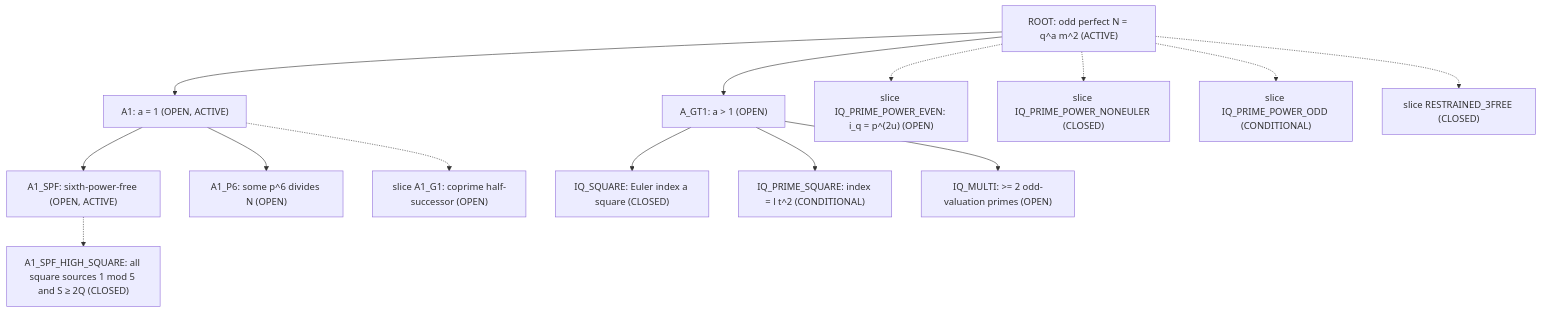
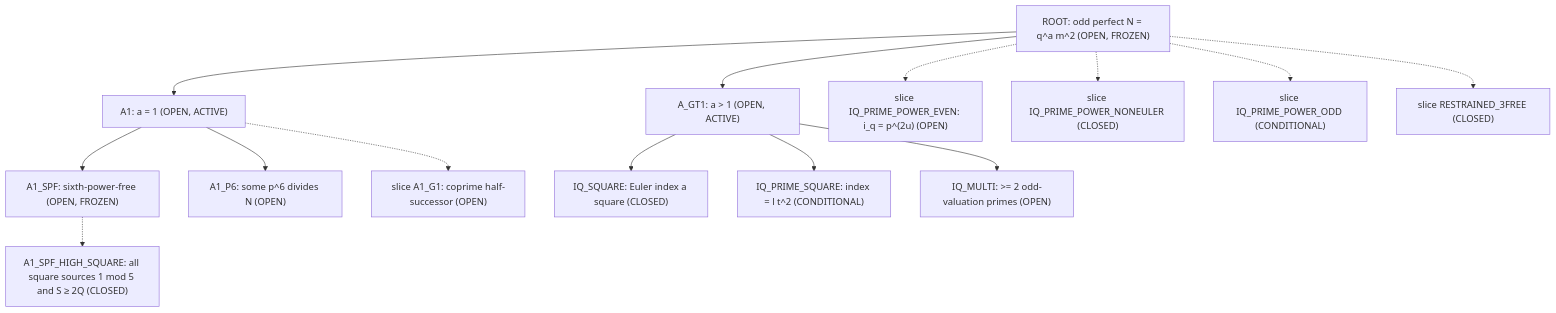
One commit to Rob1Ham/odd_perfect_number changed the diagram in research/BRANCH_MAP.md. Above: the diagram before and after it, drawn with Mermaid. The commit also changed other lines of this file and 14 other files, not shown here.

Commit message:
Round 2: A1 Branch R1 structure, A_GT1 Subcase A / IQ_MULTI prime-d reduction, and ROOT/A1_SPF freezes (audit-20261128-r2)

````diff
--- a/research/BRANCH_MAP.md
+++ b/research/BRANCH_MAP.md
@@ -22,16 +22,16 @@
 ```mermaid
 flowchart TD
-  ROOT["ROOT: odd perfect N = q^a m^2 (ACTIVE)"] --> A1["A1: a = 1 (OPEN, ACTIVE)"]
-  ROOT --> AG["A_GT1: a > 1 (OPEN)"]
-  A1 --> SPF["A1_SPF: sixth-power-free (OPEN, ACTIVE)"]
+  ROOT["ROOT: odd perfect N = q^a m^2 (OPEN, FROZEN)"] --> A1["A1: a = 1 (OPEN, ACTIVE)"]
+  ROOT --> AG["A_GT1: a > 1 (OPEN, ACTIVE)"]
+  A1 --> SPF["A1_SPF: sixth-power-free (OPEN, FROZEN)"]
   SPF -.-> HS["A1_SPF_HIGH_SQUARE: all square sources 1 mod 5 and S ≥ 2Q (CLOSED)"]
   A1 --> P6["A1_P6: some p^6 divides N (OPEN)"]
   AG --> SQ["IQ_SQUARE: Euler index a square (CLOSED)"]
   AG --> PS["IQ_PRIME_SQUARE: index = l t^2 (CONDITIONAL)"]
   AG --> MU["IQ_MULTI: >= 2 odd-valuation primes (OPEN)"]
   A1 -.-> G1["slice A1_G1: coprime half-successor (OPEN)"]
   ROOT -.-> PPE["slice IQ_PRIME_POWER_EVEN: i_q = p^(2u) (OPEN)"]
   ROOT -.-> PPN["slice IQ_PRIME_POWER_NONEULER (CLOSED)"]
   ROOT -.-> PPO["slice IQ_PRIME_POWER_ODD (CONDITIONAL)"]
   ROOT -.-> R3["slice RESTRAINED_3FREE (CLOSED)"]
 ```
````
